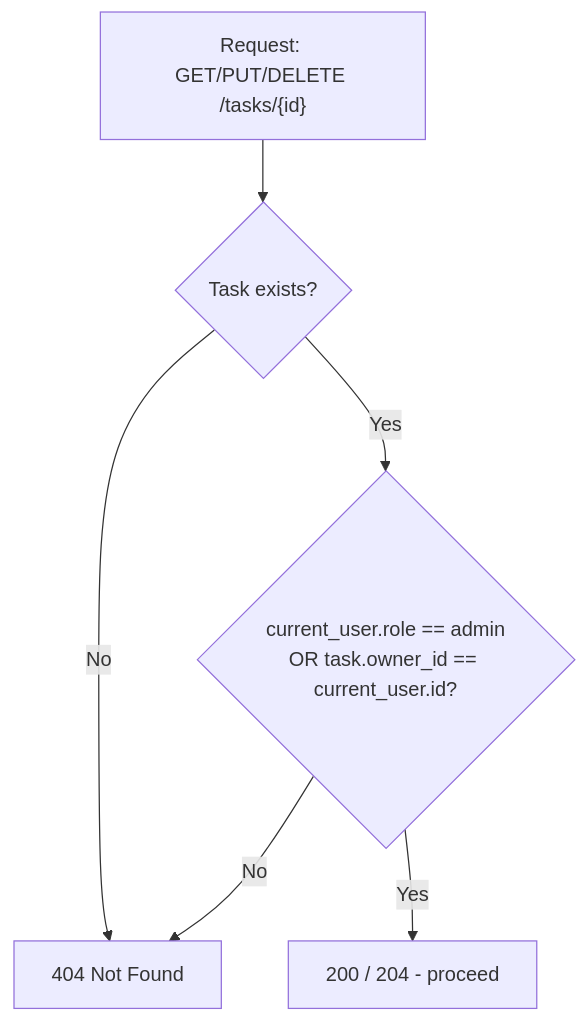
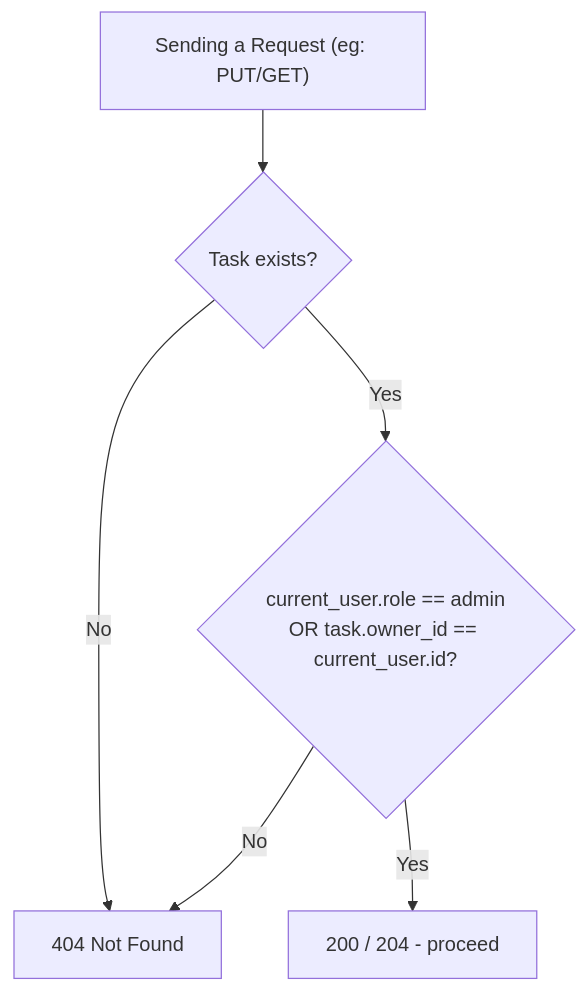
One commit to devindaJJ/task-tracker-application changed the fifth of 5 diagrams in README.md. Above: the diagram before and after it, drawn with Mermaid.

````diff
--- a/README.md
+++ b/README.md
@@ -239,8 +239,8 @@
 ```mermaid
 flowchart TD
-    A["Request: GET/PUT/DELETE /tasks/{id}"] --> B{"Task exists?"}
+    A["Sending a Request (eg: PUT/GET)"] --> B{"Task exists?"}
     B -- No --> D["404 Not Found"]
     B -- Yes --> C{"current_user.role == admin\nOR task.owner_id == current_user.id?"}
     C -- No --> D
     C -- Yes --> E["200 / 204 - proceed"]
 ```
````
